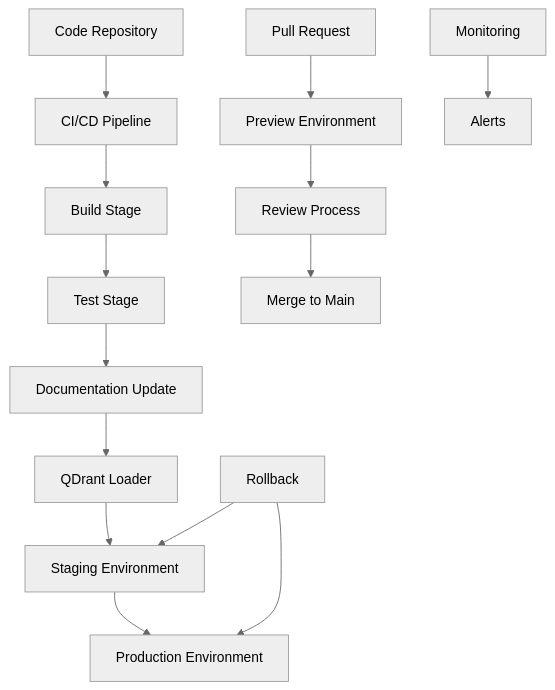
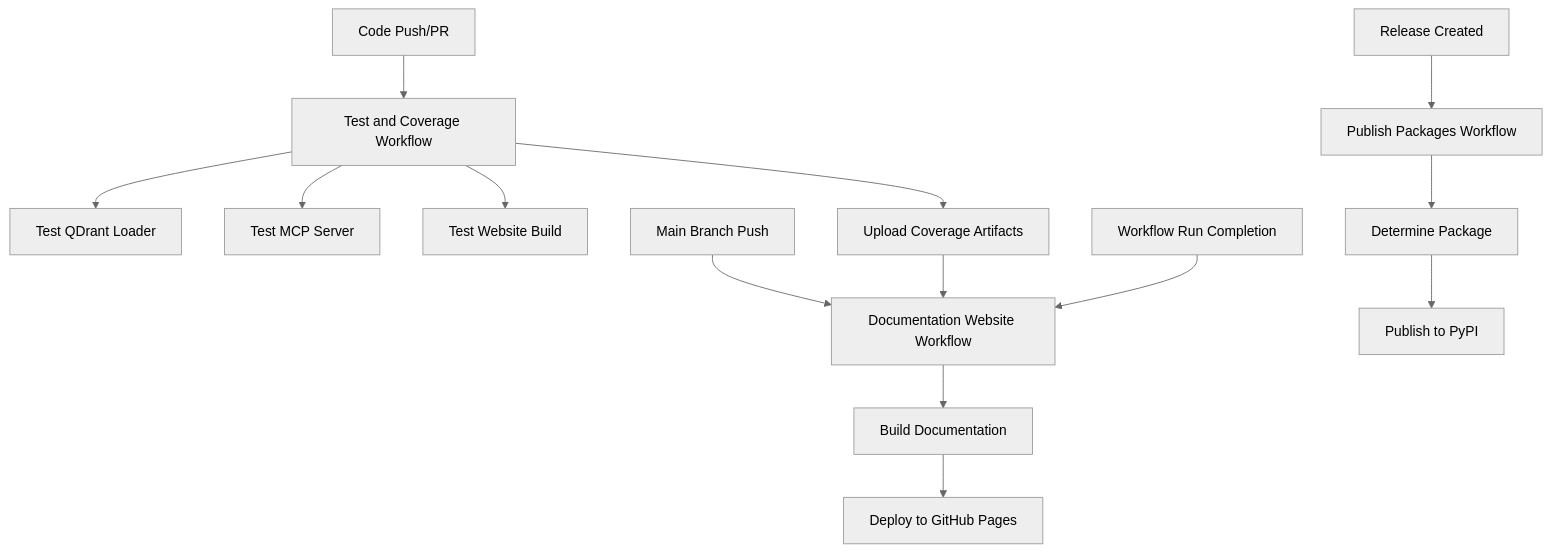
The diagram in docs/users/workflows/cicd-integration-workflow.md (martin-papy/qdrant-loader), drawn with Mermaid (neutral theme) before and after one commit. The commit also changed other lines of this file and 56 other files, not shown here.

````diff
--- a/docs/users/workflows/cicd-integration-workflow.md
+++ b/docs/users/workflows/cicd-integration-workflow.md
@@ -21,18 +30,20 @@
 ```mermaid
 graph TD
-    A[Code Repository] --> B[CI/CD Pipeline]
-    B --> C[Build Stage]
-    C --> D[Test Stage]
-    D --> E[Documentation Update]
-    E --> F[QDrant Loader]
-    F --> G[Staging Environment]
-    G --> H[Production Environment]
+    A[Code Push/PR] --> B[Test and Coverage Workflow]
+    B --> C[Test QDrant Loader]
+    B --> D[Test MCP Server]
+    B --> E[Test Website Build]
     
-    I[Pull Request] --> J[Preview Environment]
-    J --> K[Review Process]
-    K --> L[Merge to Main]
+    F[Main Branch Push] --> G[Documentation Website Workflow]
+    G --> H[Build Documentation]
+    H --> I[Deploy to GitHub Pages]
     
-    M[Monitoring] --> N[Alerts]
-    O[Rollback] --> G
-    O --> H
+    J[Release Created] --> K[Publish Packages Workflow]
+    K --> L[Determine Package]
+    L --> M[Publish to PyPI]
+    
+    B --> N[Upload Coverage Artifacts]
+    N --> G
+    
+    O[Workflow Run Completion] --> G
 ```
````
